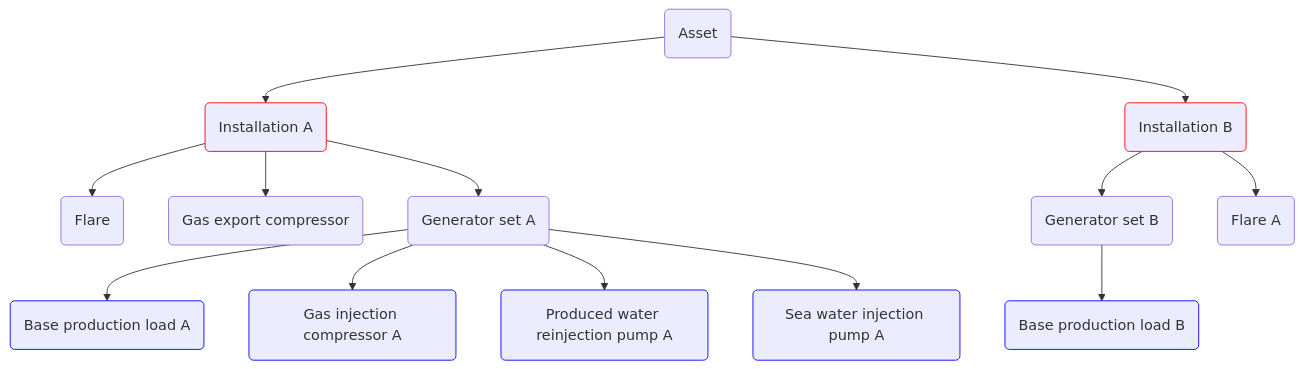
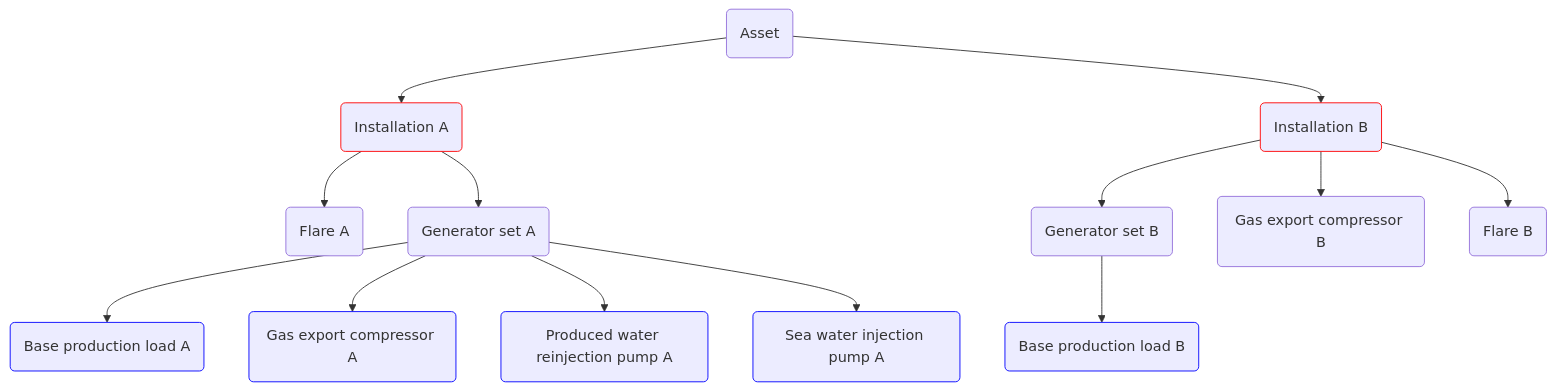
The diagram in docs/docs/about/modelling/examples/advanced.md (equinor/ecalc), drawn with Mermaid before and after one commit. The commit also changed other lines of this file and 2 other files, not shown here.

Commit message:
doc: Sketch and consumer table have been update to be consistent with YAML file.

````diff
--- a/docs/docs/about/modelling/examples/advanced.md
+++ b/docs/docs/about/modelling/examples/advanced.md
@@ -15,23 +15,23 @@
 ```mermaid
 graph TD;
    Asset(Asset) --> A(Installation A);
-   A(Installation A) --> AA(Flare);
-   A --> AC(Gas export compressor);
+   A(Installation A) --> AA(Flare A);
    A --> AD(Generator set A);
    AD --> AE(Base production load A);
-   AD --> AF(Gas injection compressor A);
+   AD --> AF(Gas export compressor A);
    AD --> AG(Produced water reinjection pump A);
    AD --> AH(Sea water injection pump A);
    
    Asset --> B(Installation B);
    B --> BA(Generator set B);
+   B --> BD(Gas export compressor B);
    BA --> BC(Base production load B);
-   B --> BB(Flare A);
+   B --> BB(Flare B);
    style A stroke:red;
    style B stroke:red;
    style BC stroke:blue;
    style AE stroke:blue;
    style AF stroke:blue;
    style AG stroke:blue;
    style AH stroke:blue;
 ```
````
